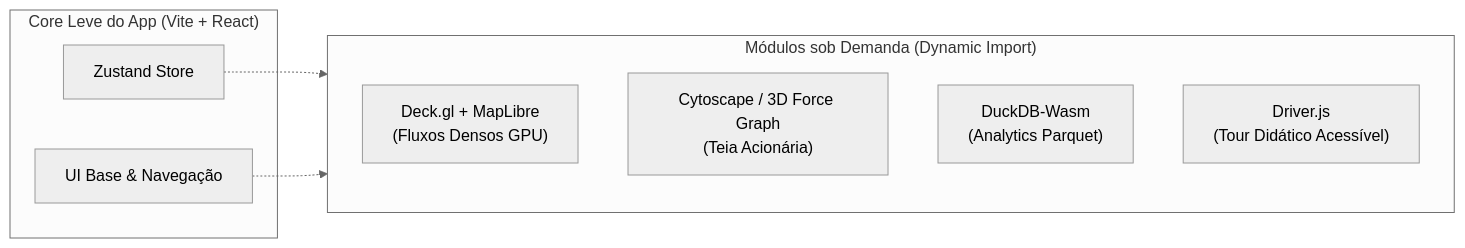
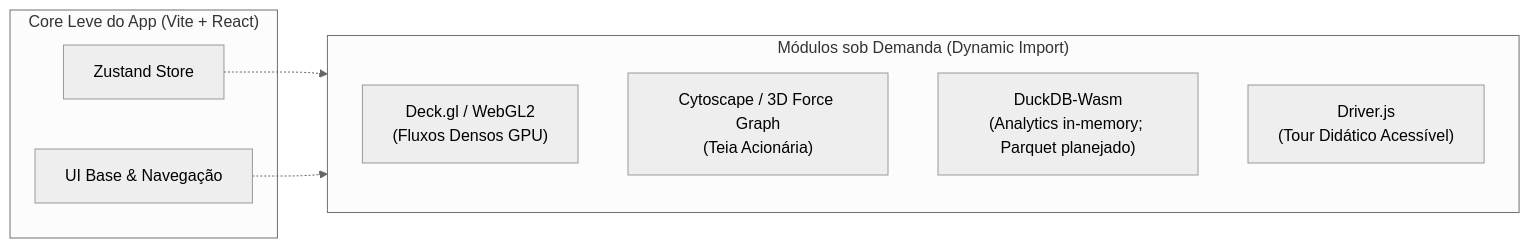
Before and after one commit to Leonyantunes/capital-blocks: the third of 3 diagrams in ROADMAP_ARQUITETURA_E_FINALIZACAO.md, drawn with Mermaid (neutral theme). The commit also changed other lines of this file and 53 other files, not shown here.

````diff
--- a/ROADMAP_ARQUITETURA_E_FINALIZACAO.md
+++ b/ROADMAP_ARQUITETURA_E_FINALIZACAO.md
@@ -118,17 +118,17 @@
 ```mermaid
 graph LR
     subgraph Core["Core Leve do App (Vite + React)"]
         Store["Zustand Store"]
         UI["UI Base & Navegação"]
     end
 
     subgraph LazyLibs["Módulos sob Demanda (Dynamic Import)"]
-        Deck["Deck.gl + MapLibre<br/>(Fluxos Densos GPU)"]
+        Deck["Deck.gl / WebGL2<br/>(Fluxos Densos GPU)"]
         Graph["Cytoscape / 3D Force Graph<br/>(Teia Acionária)"]
-        Duck["DuckDB-Wasm<br/>(Analytics Parquet)"]
+        Duck["DuckDB-Wasm<br/>(Analytics in-memory; Parquet planejado)"]
         Driver["Driver.js<br/>(Tour Didático Acessível)"]
     end
 
     Store -.-> LazyLibs
     UI -.-> LazyLibs
 ```
````
